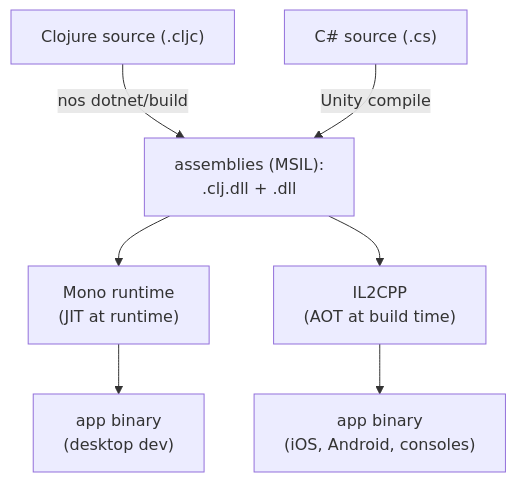
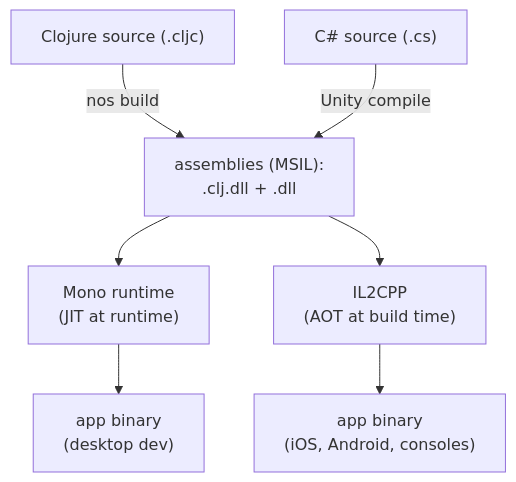
Before and after one commit to flybot-sg/magic: the diagram in docs/why-magic.md, drawn with Mermaid. The commit also changed 4 other files, not shown here.

````diff
--- a/docs/why-magic.md
+++ b/docs/why-magic.md
@@ -39,9 +39,9 @@
 ```mermaid
 flowchart TD
-    A["Clojure source (.cljc)"] -->|nos dotnet/build| ASM["assemblies (MSIL):<br/>.clj.dll + .dll"]
+    A["Clojure source (.cljc)"] -->|nos build| ASM["assemblies (MSIL):<br/>.clj.dll + .dll"]
     B["C# source (.cs)"] -->|Unity compile| ASM
     ASM --> MONO["Mono runtime<br/>(JIT at runtime)"]
     ASM --> IL2CPP["IL2CPP<br/>(AOT at build time)"]
     MONO --> MB["app binary<br/>(desktop dev)"]
     IL2CPP --> IB["app binary<br/>(iOS, Android, consoles)"]
 ```
````
